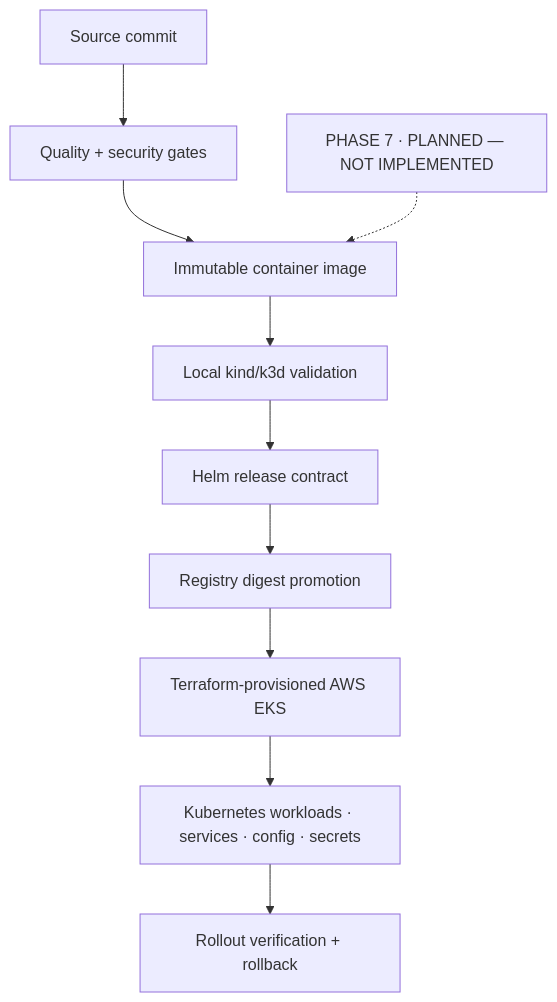
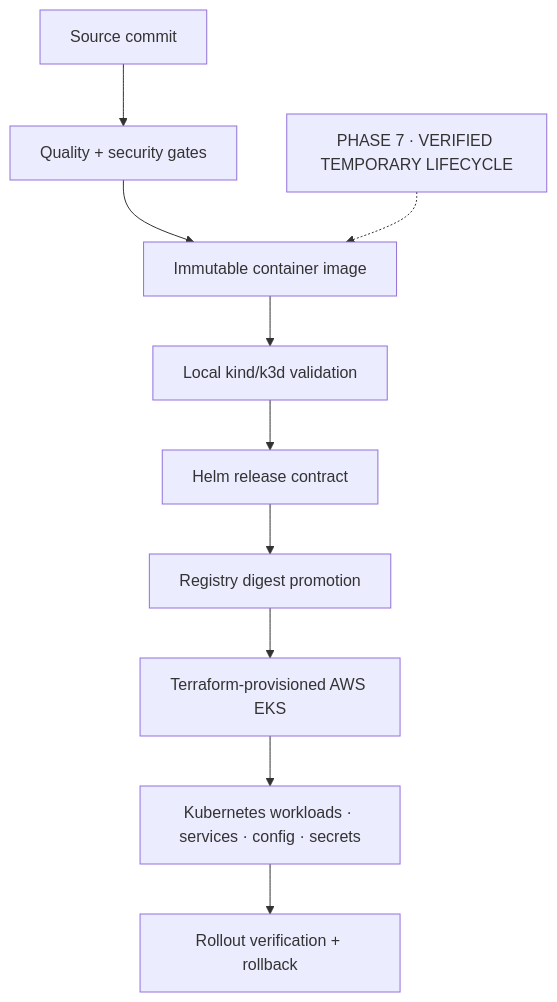
Before and after one commit to Parmodk2310/Advanced-Distributed-System: the diagram in docs/architecture/assets/phase7-architecture.mmd, drawn with Mermaid.

Commit message:
docs(diagram): update Phase 7 Mermaid status

```diff
--- a/docs/architecture/assets/phase7-architecture.mmd
+++ b/docs/architecture/assets/phase7-architecture.mmd
@@ -1,7 +1,7 @@
 flowchart TB
-  S["PHASE 7 · PLANNED — NOT IMPLEMENTED"]
+  S["PHASE 7 · VERIFIED TEMPORARY LIFECYCLE"]
   C["Source commit"] --> G["Quality + security gates"] --> I["Immutable container image"]
   I --> L["Local kind/k3d validation"] --> H["Helm release contract"]
   H --> R["Registry digest promotion"] --> T["Terraform-provisioned AWS EKS"]
   T --> K["Kubernetes workloads · services · config · secrets"] --> V["Rollout verification + rollback"]
   S -.-> I
```
